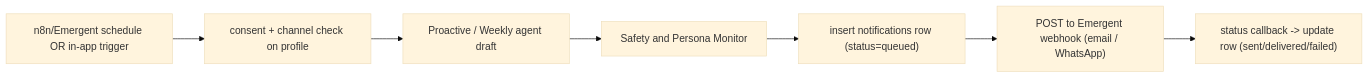
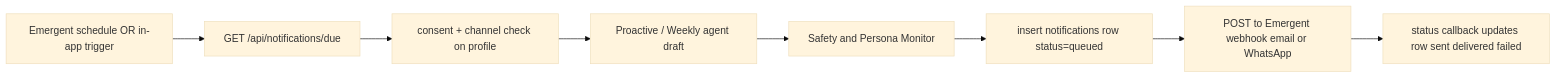
The second of 2 diagrams in supabase/DATA_MODEL.md (nitinbhadauria21/dhira-2.0), drawn with Mermaid (base theme) before and after one commit. The commit also changed other lines of this file and 17 other files, not shown here.

````diff
--- a/supabase/DATA_MODEL.md
+++ b/supabase/DATA_MODEL.md
@@ -21,9 +21,10 @@
 ```mermaid
 graph LR
-  Trig["n8n/Emergent schedule OR in-app trigger"] --> Consent["consent + channel check on profile"]
+  Trig["Emergent schedule OR in-app trigger"] --> Due["GET /api/notifications/due"]
+  Due --> Consent["consent + channel check on profile"]
   Consent --> Agent["Proactive / Weekly agent draft"]
   Agent --> Mon["Safety and Persona Monitor"]
-  Mon --> Row["insert notifications row (status=queued)"]
-  Row --> Emg["POST to Emergent webhook (email / WhatsApp)"]
-  Emg --> Cb["status callback -> update row (sent/delivered/failed)"]
+  Mon --> Row["insert notifications row status=queued"]
+  Row --> Emg["POST to Emergent webhook email or WhatsApp"]
+  Emg --> Cb["status callback updates row sent delivered failed"]
 ```
````
